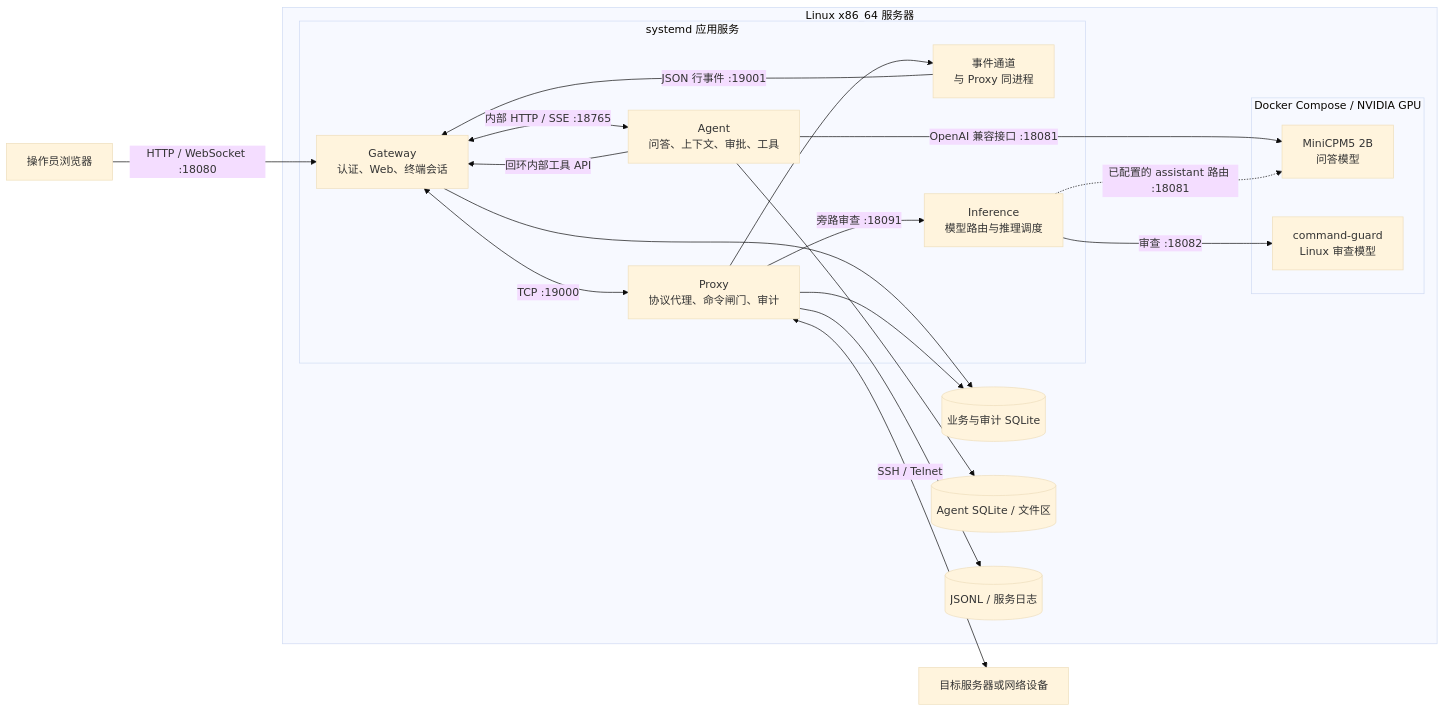
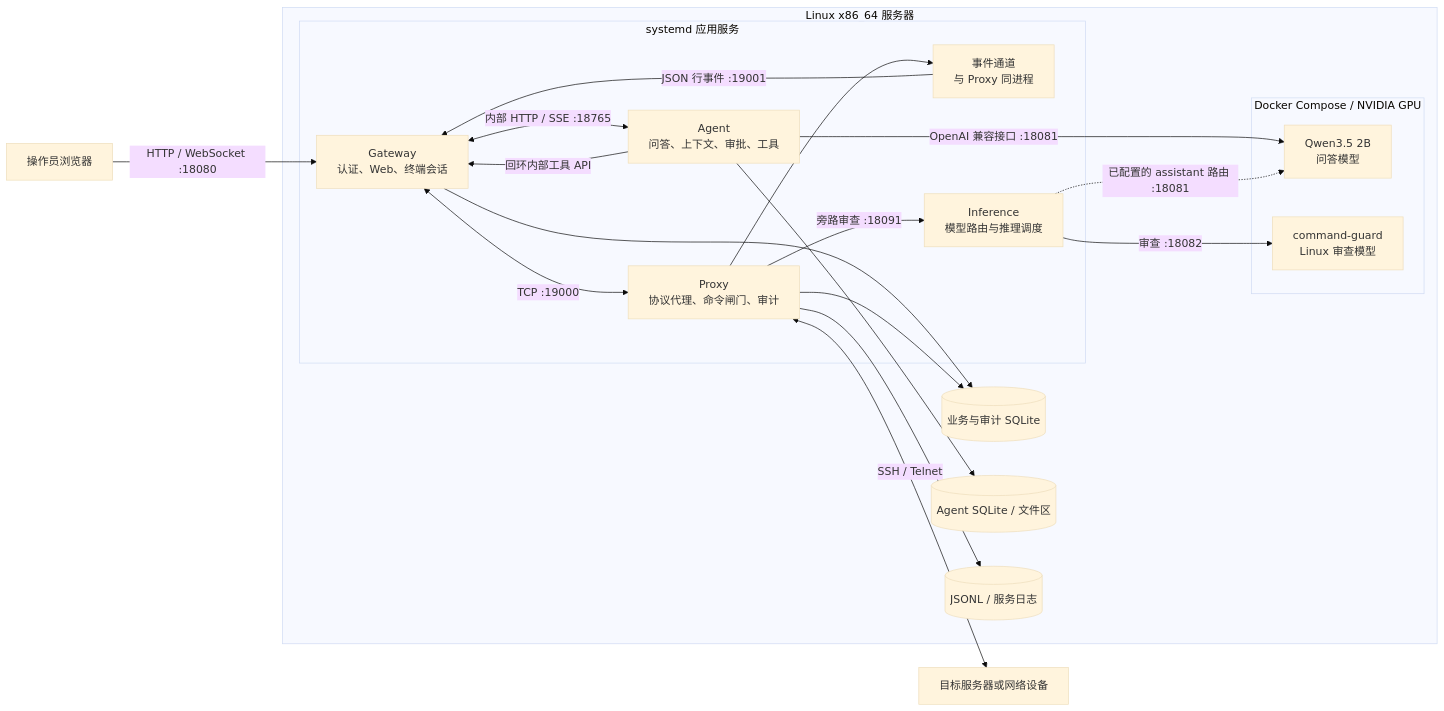
The first of 4 diagrams in docs/ARCHITECTURE.md (Motannier/auditbox), drawn with Mermaid (base theme) before and after one commit. The commit also changed other lines of this file and 20 other files, not shown here.

````diff
--- a/docs/ARCHITECTURE.md
+++ b/docs/ARCHITECTURE.md
@@ -9,34 +9,34 @@
 ```mermaid
 flowchart LR
     User["操作员浏览器"] -->|HTTP / WebSocket :18080| Gateway
     subgraph Host["Linux x86_64 服务器"]
         subgraph App["systemd 应用服务"]
             Gateway["Gateway<br/>认证、Web、终端会话"]
             Proxy["Proxy<br/>协议代理、命令闸门、审计"]
             Events["事件通道<br/>与 Proxy 同进程"]
             Agent["Agent<br/>问答、上下文、审批、工具"]
             Inference["Inference<br/>模型路由与推理调度"]
         end
         subgraph Models["Docker Compose / NVIDIA GPU"]
-            Assistant["MiniCPM5 2B<br/>问答模型"]
+            Assistant["Qwen3.5 2B<br/>问答模型"]
             Review["command-guard<br/>Linux 审查模型"]
         end
         DB[("业务与审计 SQLite")]
         AgentDB[("Agent SQLite / 文件区")]
         Logs[("JSONL / 服务日志")]
         Gateway <-->|TCP :19000| Proxy
         Proxy --> Events
         Events -->|JSON 行事件 :19001| Gateway
         Gateway <-->|内部 HTTP / SSE :18765| Agent
         Agent -->|OpenAI 兼容接口 :18081| Assistant
         Agent -->|回环内部工具 API| Gateway
         Proxy -->|旁路审查 :18091| Inference
         Inference -->|审查 :18082| Review
         Inference -.->|已配置的 assistant 路由 :18081| Assistant
         Gateway --> DB
         Proxy --> DB
         Proxy --> Logs
         Agent --> AgentDB
     end
     Proxy <-->|SSH / Telnet| Target["目标服务器或网络设备"]
 ```
````
